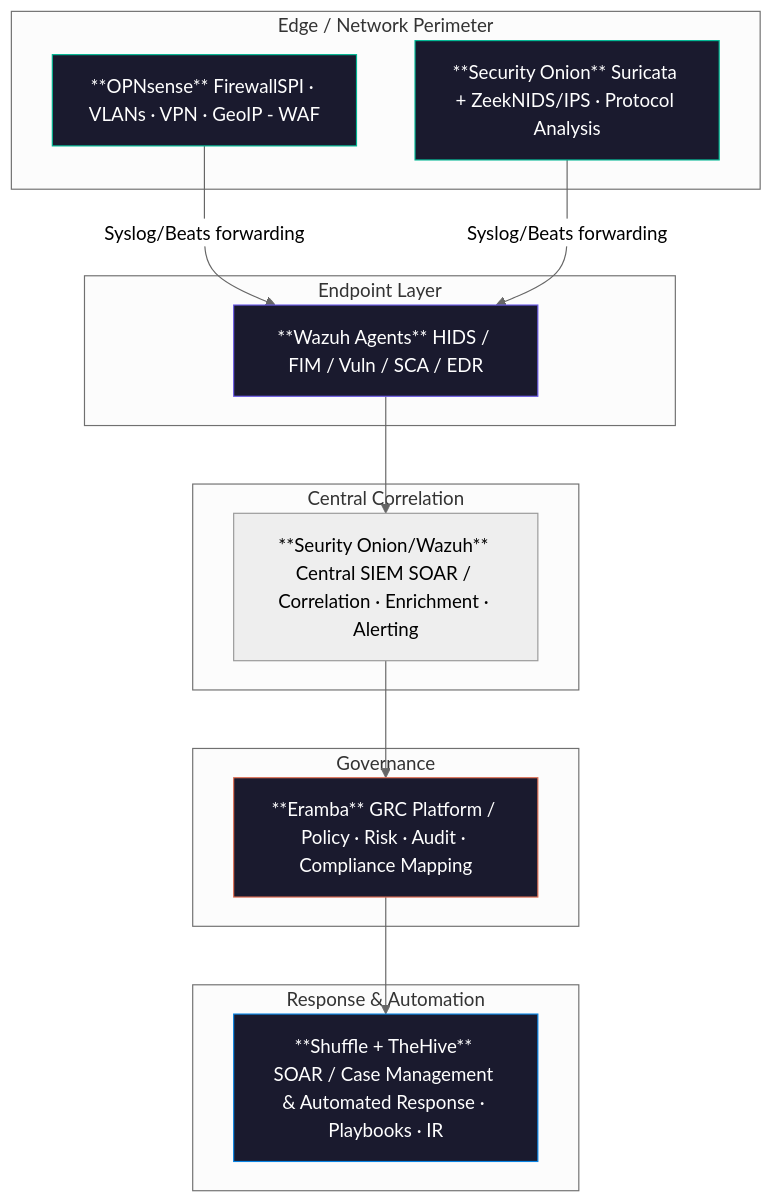
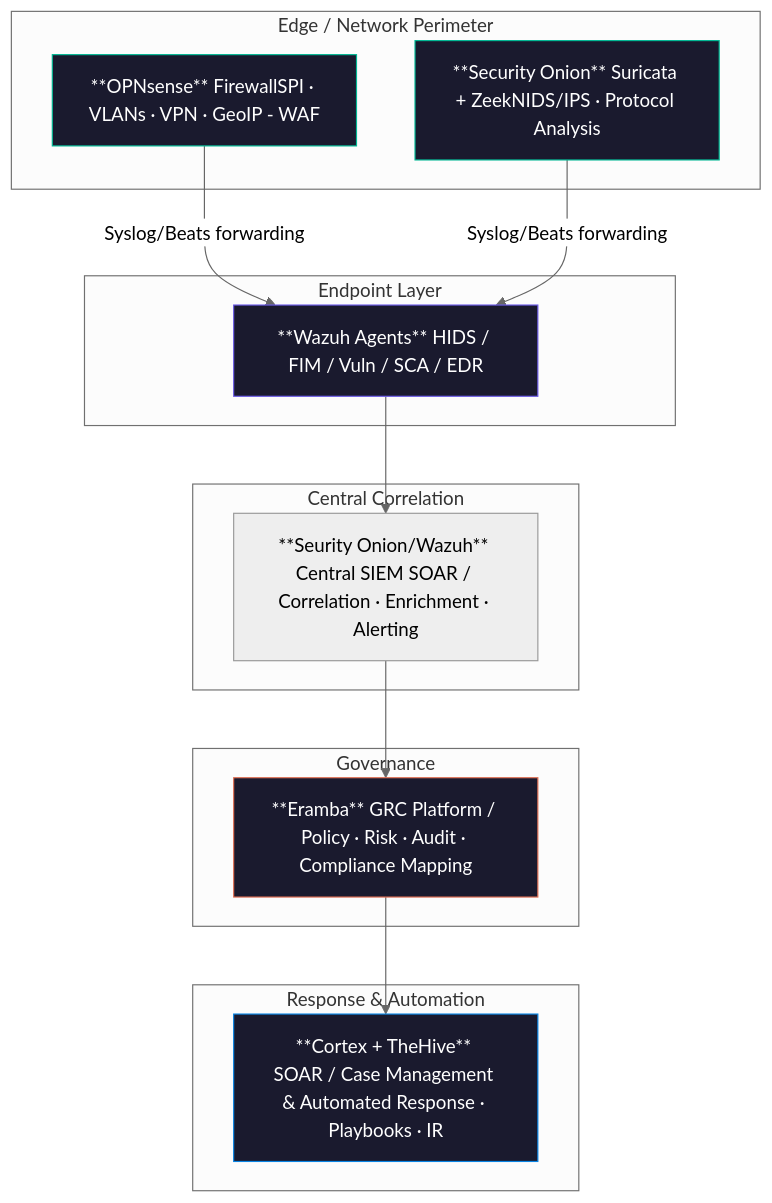
Before and after one commit to sreilly1977/dlh-cyber_security: the diagram in notes/Open-Source_Security_Stack.md, drawn with Mermaid (neutral theme).

````diff
--- a/notes/Open-Source_Security_Stack.md
+++ b/notes/Open-Source_Security_Stack.md
@@ -59,44 +59,44 @@
 ```mermaid
 graph TD
     subgraph Edge["Edge / Network Perimeter"]
         OPN["**OPNsense** FirewallSPI · VLANs · VPN · GeoIP - WAF"]
         SON["**Security Onion** Suricata + ZeekNIDS/IPS · Protocol Analysis"]
     end
 
     OPN -- "Syslog/Beats forwarding" --> WAZ
     SON -- "Syslog/Beats forwarding" --> WAZ
 
     subgraph Endpoint["Endpoint Layer"]
         WAZ["**Wazuh Agents** HIDS / FIM / Vuln / SCA / EDR"]
     end
 
     WAZ --> SOW
 
     subgraph Central["Central Correlation"]
         SOW["**Seurity Onion/Wazuh** Central SIEM SOAR / Correlation · Enrichment · Alerting"]
     end
 
     SOW --> ERA
 
     subgraph Governance["Governance"]
         ERA["**Eramba** GRC Platform / Policy · Risk · Audit · Compliance Mapping"]
     end
 
     ERA --> SOAR
 
     subgraph Response["Response & Automation"]
-        SOAR["**Shuffle + TheHive** SOAR / Case Management & Automated Response · Playbooks · IR"]
+        SOAR["**Cortex + TheHive** SOAR / Case Management & Automated Response · Playbooks · IR"]
     end
 
     classDef edgeNode fill:#1a1a2e,stroke:#00b894,color:#fff
     classDef endpointNode fill:#1a1a2e,stroke:#6c5ce7,color:#fff
     classDef centralNode fill:#1a1a2e,stroke:#fdcb6e,color:#fff
     classDef govNode fill:#1a1a2e,stroke:#e17055,color:#fff
     classDef respNode fill:#1a1a2e,stroke:#0984e3,color:#fff
 
     class OPN,COR,SON edgeNode
     class WAZ endpointNode
     class UTM centralNode
     class ERA govNode
     class SOAR respNode
 ```
````
